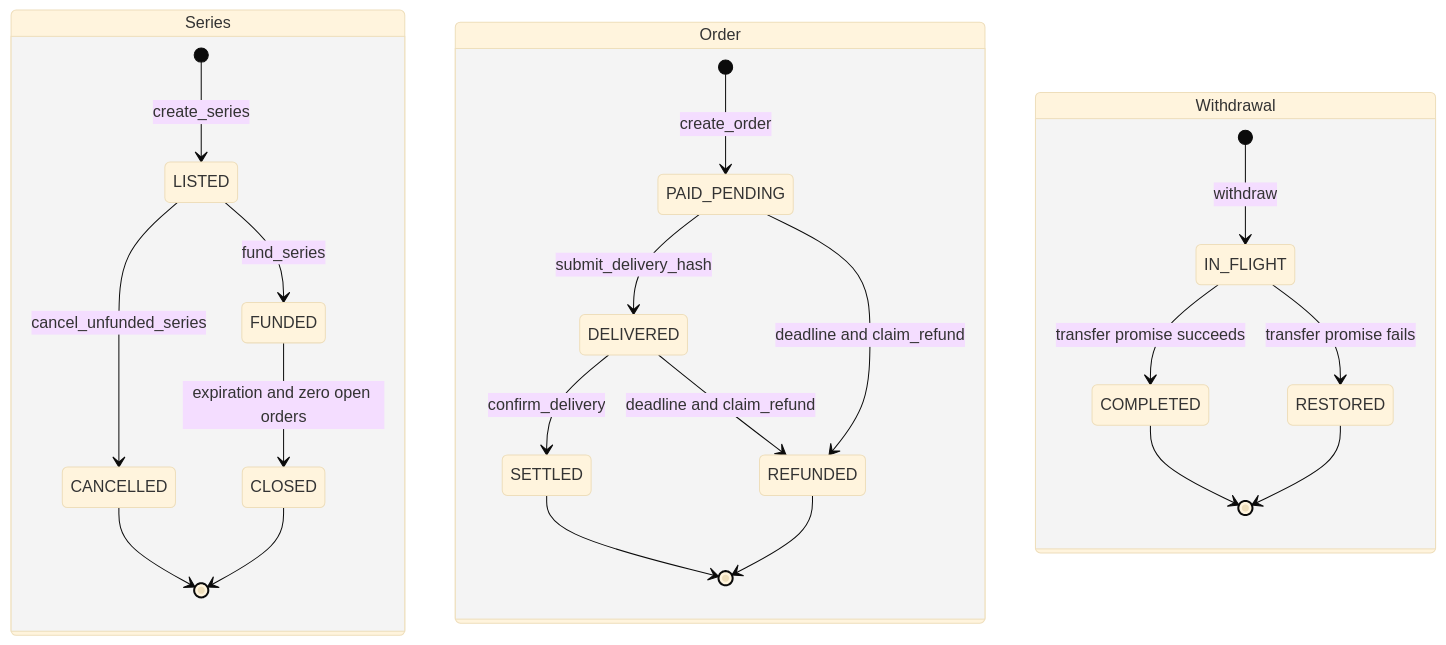
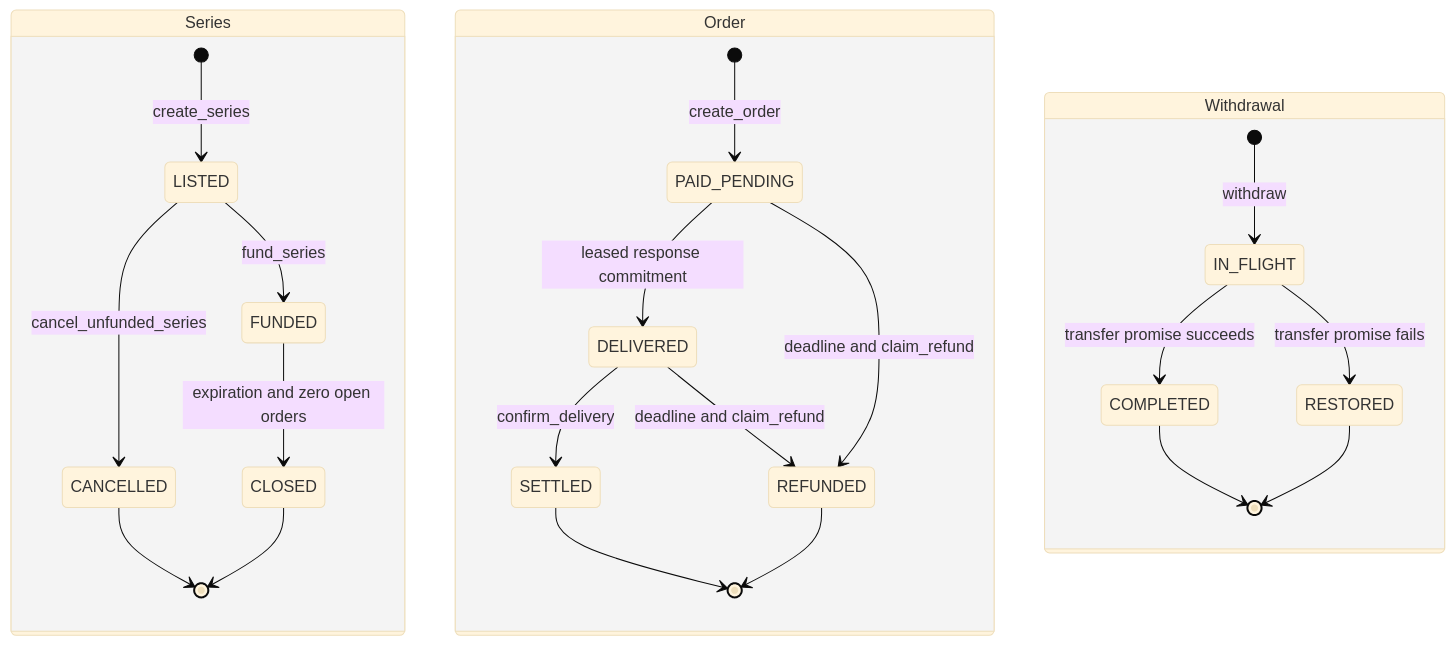
The fourth of 5 diagrams in docs/ARCHITECTURE.md (karagozemin/FIRST100), drawn with Mermaid (base theme) before and after one commit. The commit also changed other lines of this file and 15 other files, not shown here.

````diff
--- a/docs/ARCHITECTURE.md
+++ b/docs/ARCHITECTURE.md
@@ -153,29 +155,29 @@
 ```mermaid
 stateDiagram-v2
     state "Series" as Series {
         [*] --> LISTED: create_series
         LISTED --> FUNDED: fund_series
         LISTED --> CANCELLED: cancel_unfunded_series
         FUNDED --> CLOSED: expiration and zero open orders
         CANCELLED --> [*]
         CLOSED --> [*]
     }
 
     state "Order" as Order {
         [*] --> PAID_PENDING: create_order
-        PAID_PENDING --> DELIVERED: submit_delivery_hash
+        PAID_PENDING --> DELIVERED: leased response commitment
         DELIVERED --> SETTLED: confirm_delivery
         PAID_PENDING --> REFUNDED: deadline and claim_refund
         DELIVERED --> REFUNDED: deadline and claim_refund
         SETTLED --> [*]
         REFUNDED --> [*]
     }
 
     state "Withdrawal" as Withdrawal {
         [*] --> IN_FLIGHT: withdraw
         IN_FLIGHT --> COMPLETED: transfer promise succeeds
         IN_FLIGHT --> RESTORED: transfer promise fails
         COMPLETED --> [*]
         RESTORED --> [*]
     }
 ```
````
